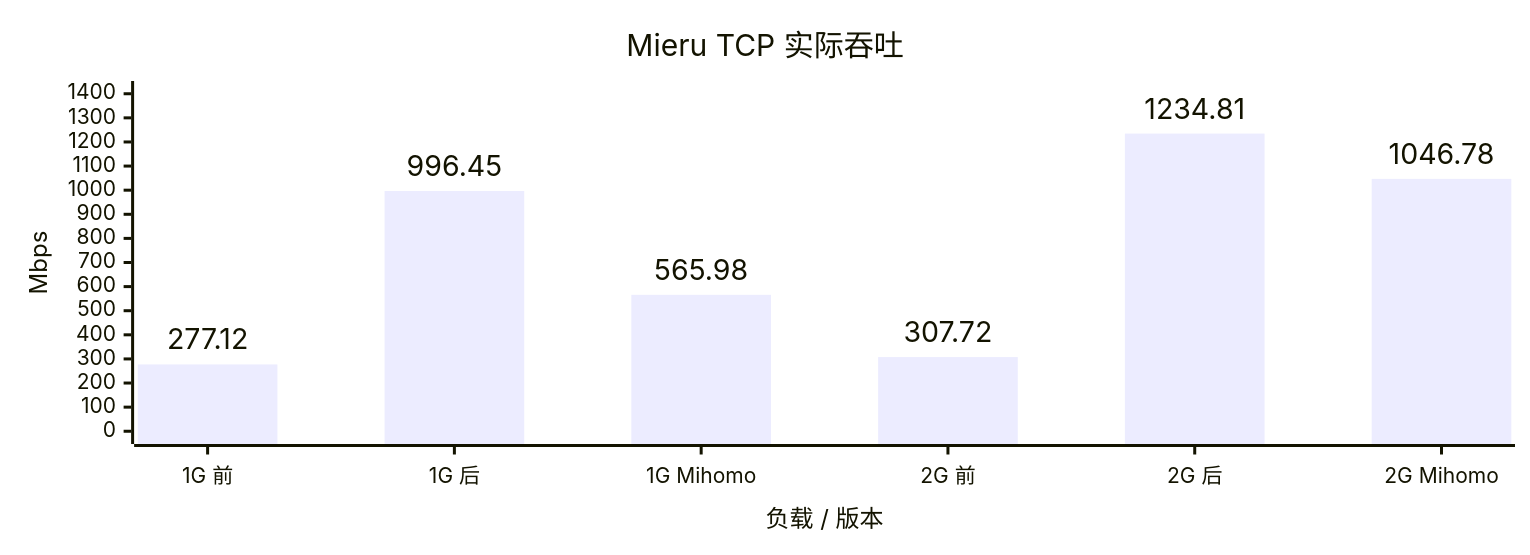
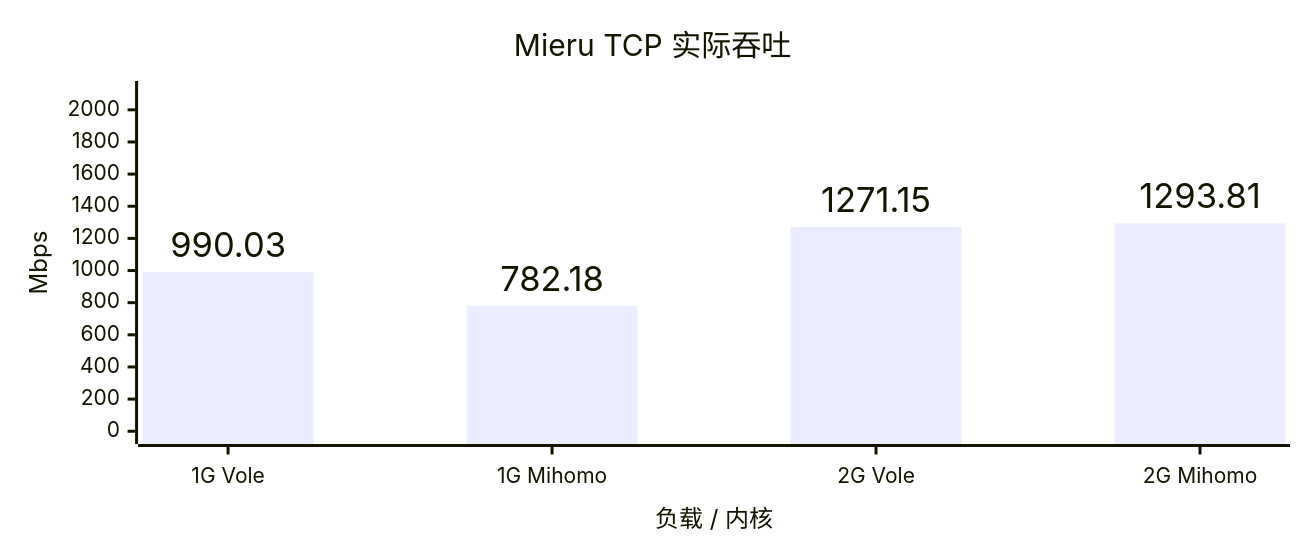
The first of 8 diagrams in docs/benchmark.md (YuanDevTeam/Vole), drawn with Mermaid before and after one commit. The commit also changed other lines of this file, not shown here.

````diff
--- a/docs/benchmark.md
+++ b/docs/benchmark.md
@@ -15,15 +15,15 @@
 ```mermaid
 ---
 config:
   xyChart:
-    width: 1000
+    width: 850
     height: 350
     showDataLabel: true
     showDataLabelOutsideBar: true
 ---
 xychart
     title "Mieru TCP 实际吞吐"
-    x-axis "负载 / 版本" ["1G 前", "1G 后", "1G Mihomo", "2G 前", "2G 后", "2G Mihomo"]
-    y-axis "Mbps" 0 --> 1400
-    bar [277.12, 996.45, 565.98, 307.72, 1234.81, 1046.78]
+    x-axis "负载 / 内核" ["1G Vole", "1G Mihomo", "2G Vole", "2G Mihomo"]
+    y-axis "Mbps" 0 --> 2100
+    bar [990.03, 782.18, 1271.15, 1293.81]
 ```
````
